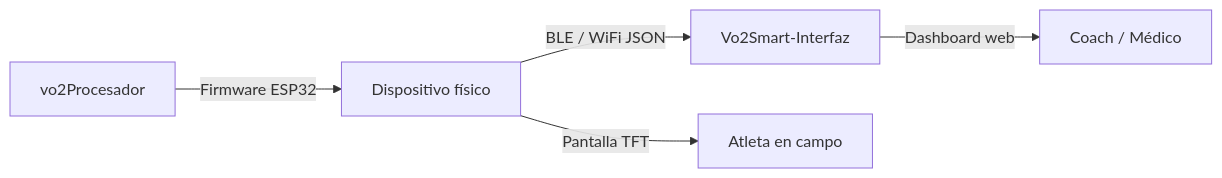
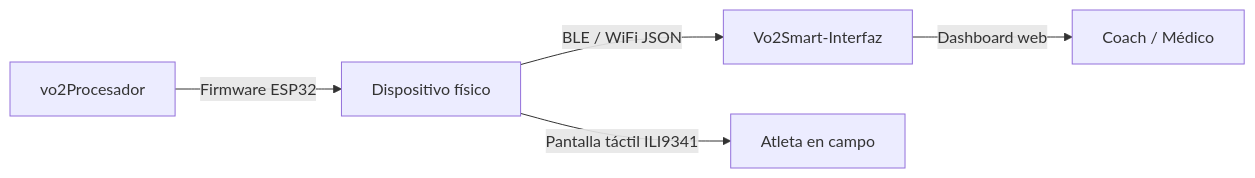
The diagram in README.md (Csav20/vo2Procesador), drawn with Mermaid before and after one commit. The commit also changed other lines of this file and 2 other files, not shown here.

First line of the commit message:
feat: add vo2smart_ui.cpp — LVGL v9 + ILI9341 + XPT2046 Touch UI v2.0

````diff
--- a/README.md
+++ b/README.md
@@ -201,7 +224,7 @@
 ```mermaid
 graph LR
     A[vo2Procesador] -->|Firmware ESP32| B[Dispositivo físico]
     B -->|BLE / WiFi JSON| C[Vo2Smart-Interfaz]
     C -->|Dashboard web| D[Coach / Médico]
-    B -->|Pantalla TFT| E[Atleta en campo]
+    B -->|Pantalla táctil ILI9341| E[Atleta en campo]
 ```
````
